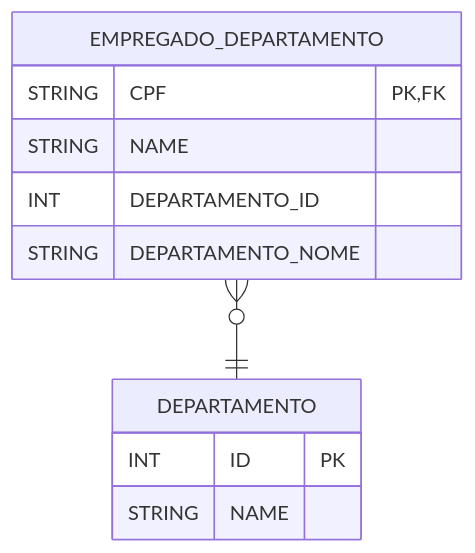
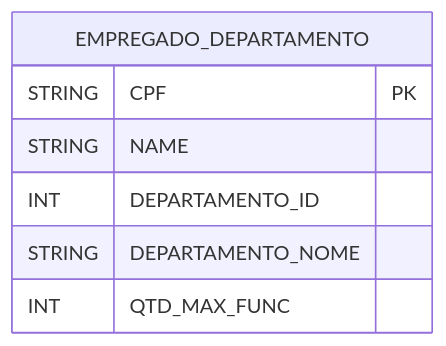
One commit to brunoruas2/ciencia_computacao changed diagram 13 of 14 in docs/02-puc/03-segundo-periodo/06-modelagem-dados.md. Above: the diagram before and after it, drawn with Mermaid. The commit also changed other lines of this file and 1 other file, not shown here.

````diff
--- a/docs/02-puc/03-segundo-periodo/06-modelagem-dados.md
+++ b/docs/02-puc/03-segundo-periodo/06-modelagem-dados.md
@@ -670,15 +672,10 @@
 ```mermaid
 erDiagram
 	 EMPREGADO_DEPARTAMENTO {
-		STRING CPF PK,FK
+		STRING CPF PK
 		STRING NAME
 		INT DEPARTAMENTO_ID
 		STRING DEPARTAMENTO_NOME
+		 INT QTD_MAX_FUNC
 	}
-	DEPARTAMENTO {
-		INT ID PK
-		STRING NAME
-	}
-
-	EMPREGADO_DEPARTAMENTO 0+--1 DEPARTAMENTO : ""
 ```
````
